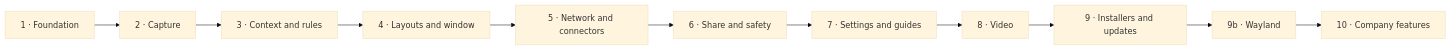
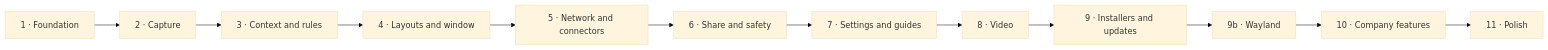
Before and after one commit to SotharL/CargoFrame: the third of 3 diagrams in docs/development-plan.md, drawn with Mermaid (base theme). The commit also changed other lines of this file and 6 other files, not shown here.

````diff
--- a/docs/development-plan.md
+++ b/docs/development-plan.md
@@ -188,13 +191,14 @@
 ```mermaid
 flowchart LR
     P1[1 · Foundation] --> P2[2 · Capture]
     P2 --> P3[3 · Context and rules]
     P3 --> P4[4 · Layouts and window]
     P4 --> P5[5 · Network and connectors]
     P5 --> P6[6 · Share and safety]
     P6 --> P7[7 · Settings and guides]
     P7 --> P8[8 · Video]
     P8 --> P9[9 · Installers and updates]
     P9 --> P9b[9b · Wayland]
     P9b --> P10[10 · Company features]
+    P10 --> P11[11 · Polish]
 ```
````
